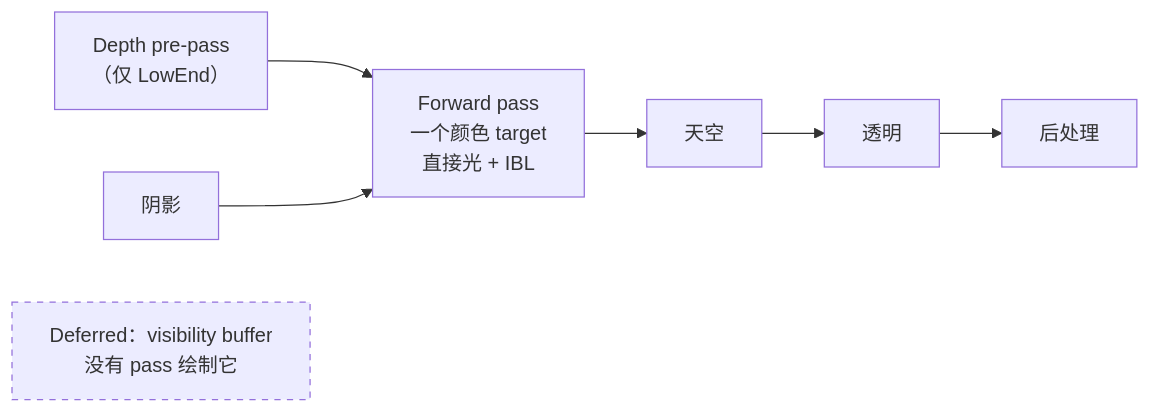
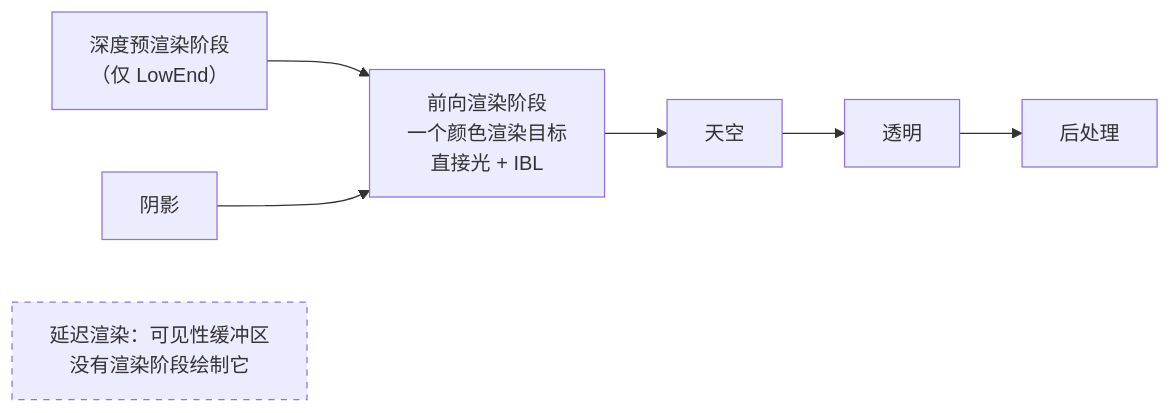
Before and after one commit to OppositeNor/render-lab: the diagram in packages/o3de_lighting/video/zh-CN/diagrams/forward-one-target.mmd, drawn with Mermaid. The commit also changed 122 other files, not shown here.

```diff
--- a/packages/o3de_lighting/video/zh-CN/diagrams/forward-one-target.mmd
+++ b/packages/o3de_lighting/video/zh-CN/diagrams/forward-one-target.mmd
@@ -1,8 +1,8 @@
 flowchart LR
-    DEPTH["Depth pre-pass<br/>（仅 LowEnd）"] --> FWD1["Forward pass<br/>一个颜色 target<br/>直接光 + IBL"]
+    DEPTH["深度预渲染阶段<br/>（仅 LowEnd）"] --> FWD1["前向渲染阶段<br/>一个颜色渲染目标<br/>直接光 + IBL"]
     SHADOW["阴影"] --> FWD1
     FWD1 --> SKY["天空"]
     SKY --> TRANS["透明"]
     TRANS --> POST["后处理"]
-    VIS["Deferred：visibility buffer<br/>没有 pass 绘制它"]
+    VIS["延迟渲染：可见性缓冲区<br/>没有渲染阶段绘制它"]
     style VIS stroke-dasharray: 5 5
```
